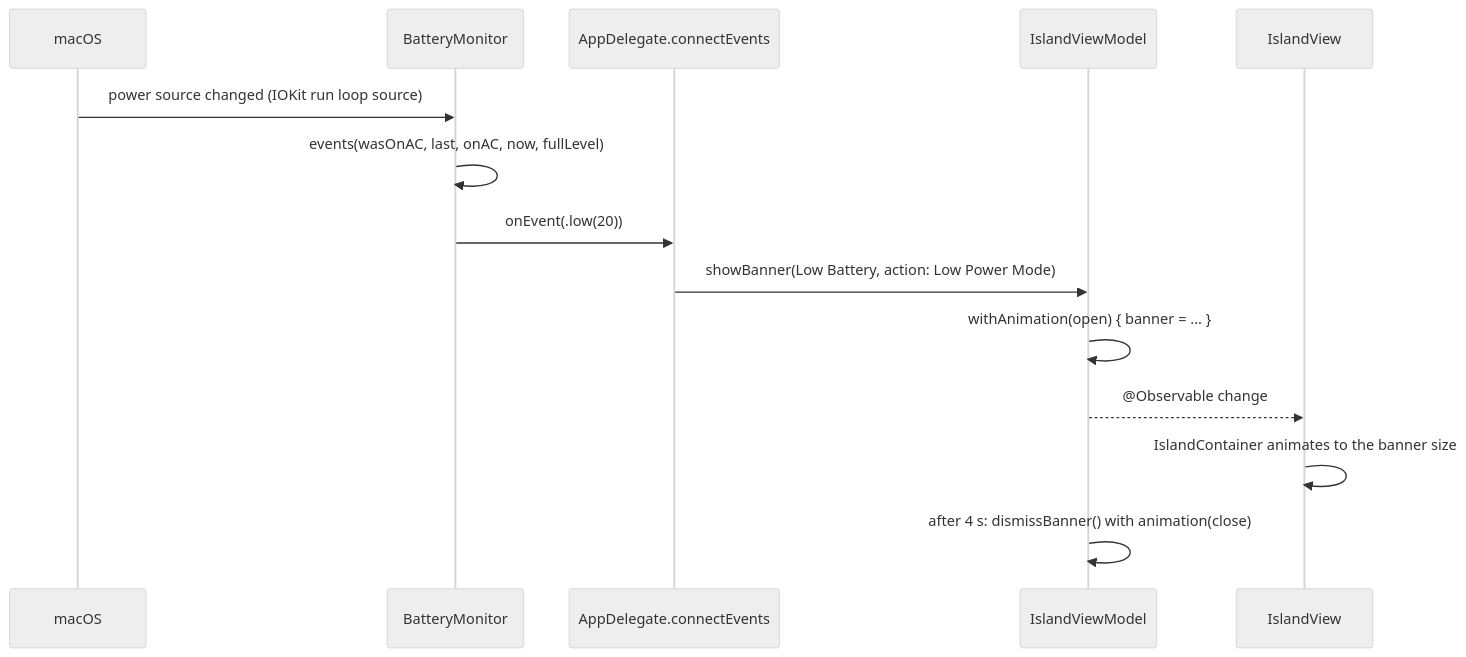
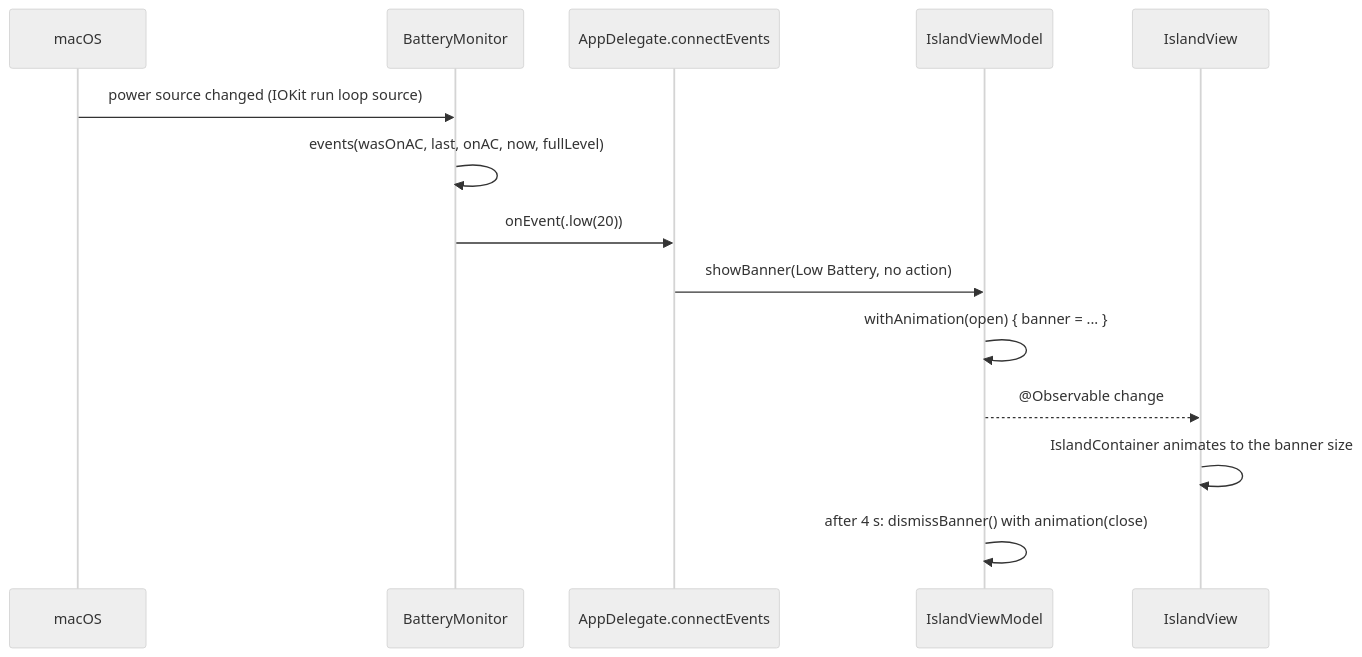
The third of 3 diagrams in docs/ARCHITECTURE.md (ethantiller/macisland2), drawn with Mermaid (neutral theme) before and after one commit. The commit also changed other lines of this file and 191 other files, not shown here.

````diff
--- a/docs/ARCHITECTURE.md
+++ b/docs/ARCHITECTURE.md
@@ -291,16 +378,16 @@
 ```mermaid
 sequenceDiagram
     participant OS as macOS
     participant Mon as BatteryMonitor
     participant App as AppDelegate.connectEvents
     participant VM as IslandViewModel
     participant UI as IslandView
     OS->>Mon: power source changed (IOKit run loop source)
     Mon->>Mon: events(wasOnAC, last, onAC, now, fullLevel)
     Mon->>App: onEvent(.low(20))
-    App->>VM: showBanner(Low Battery, action: Low Power Mode)
+    App->>VM: showBanner(Low Battery, no action)
     VM->>VM: withAnimation(open) { banner = ... }
     VM-->>UI: @Observable change
     UI->>UI: IslandContainer animates to the banner size
     VM->>VM: after 4 s: dismissBanner() with animation(close)
 ```
````
